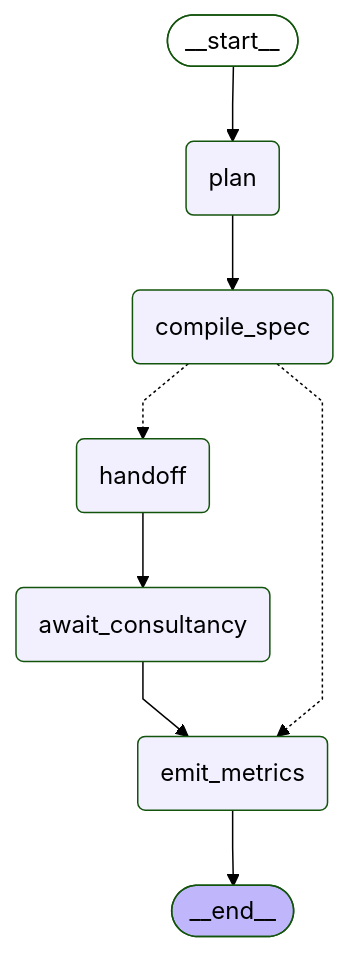
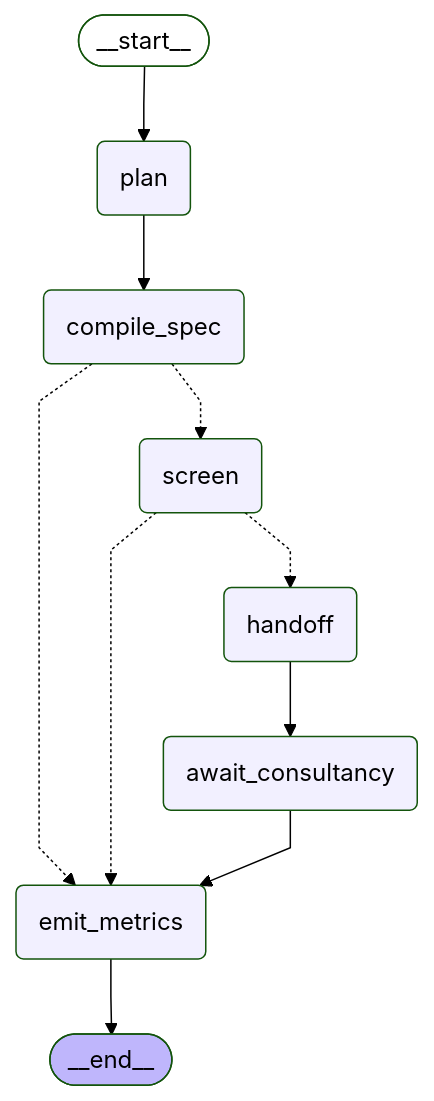
The second of 2 diagrams in client_agent/graph.md (mastrobardo/micro1hackaton), drawn with Mermaid (forest theme) before and after one commit. The commit also changed other lines of this file and 31 other files, not shown here.

````diff
--- a/client_agent/graph.md
+++ b/client_agent/graph.md
@@ -50,26 +53,29 @@
 ```mermaid
 ---
 config:
   flowchart:
     curve: linear
 ---
 graph TD;
 	__start__([<p>__start__</p>]):::first
 	plan(plan)
 	compile_spec(compile_spec)
+	screen(screen)
 	handoff(handoff)
 	await_consultancy(await_consultancy)
 	emit_metrics(emit_metrics)
 	__end__([<p>__end__</p>]):::last
 	__start__ --> plan;
 	await_consultancy --> emit_metrics;
 	compile_spec -.-> emit_metrics;
-	compile_spec -.-> handoff;
+	compile_spec -.-> screen;
 	handoff --> await_consultancy;
 	plan --> compile_spec;
+	screen -.-> emit_metrics;
+	screen -.-> handoff;
 	emit_metrics --> __end__;
 	classDef default fill:#f2f0ff,line-height:1.2
 	classDef first fill-opacity:0
 	classDef last fill:#bfb6fc
 
 ```
````
